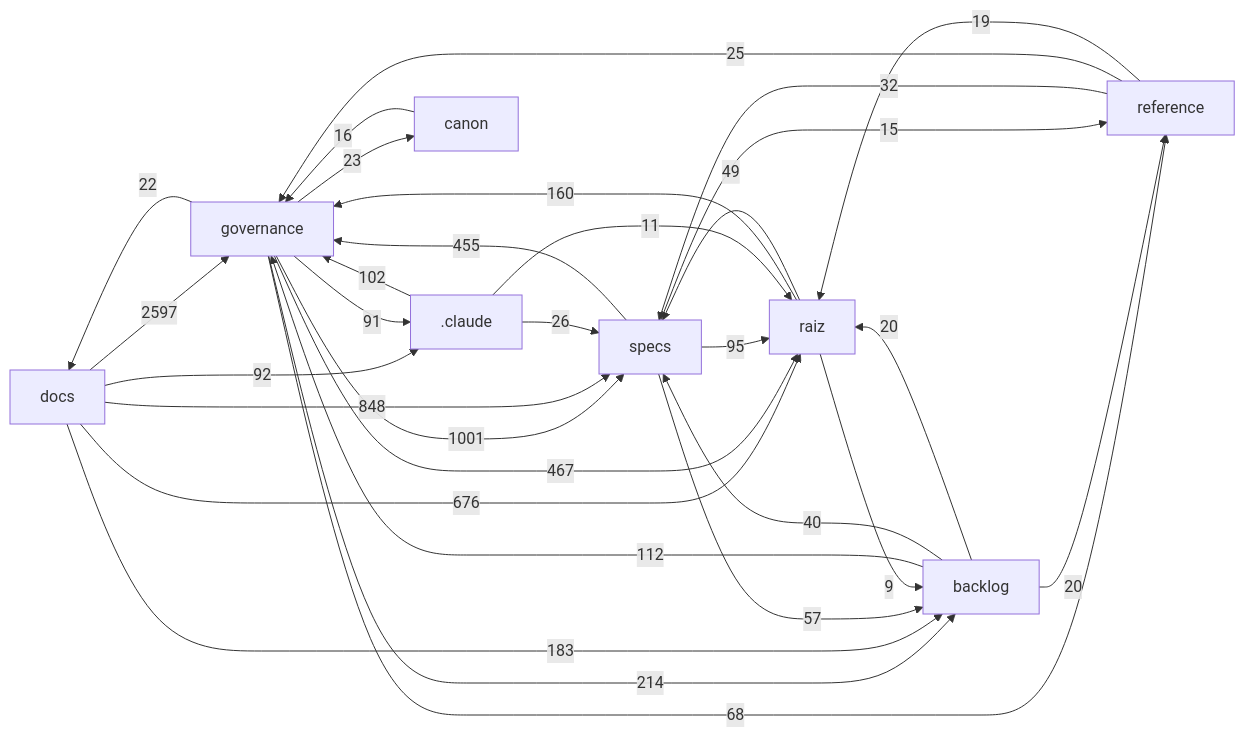
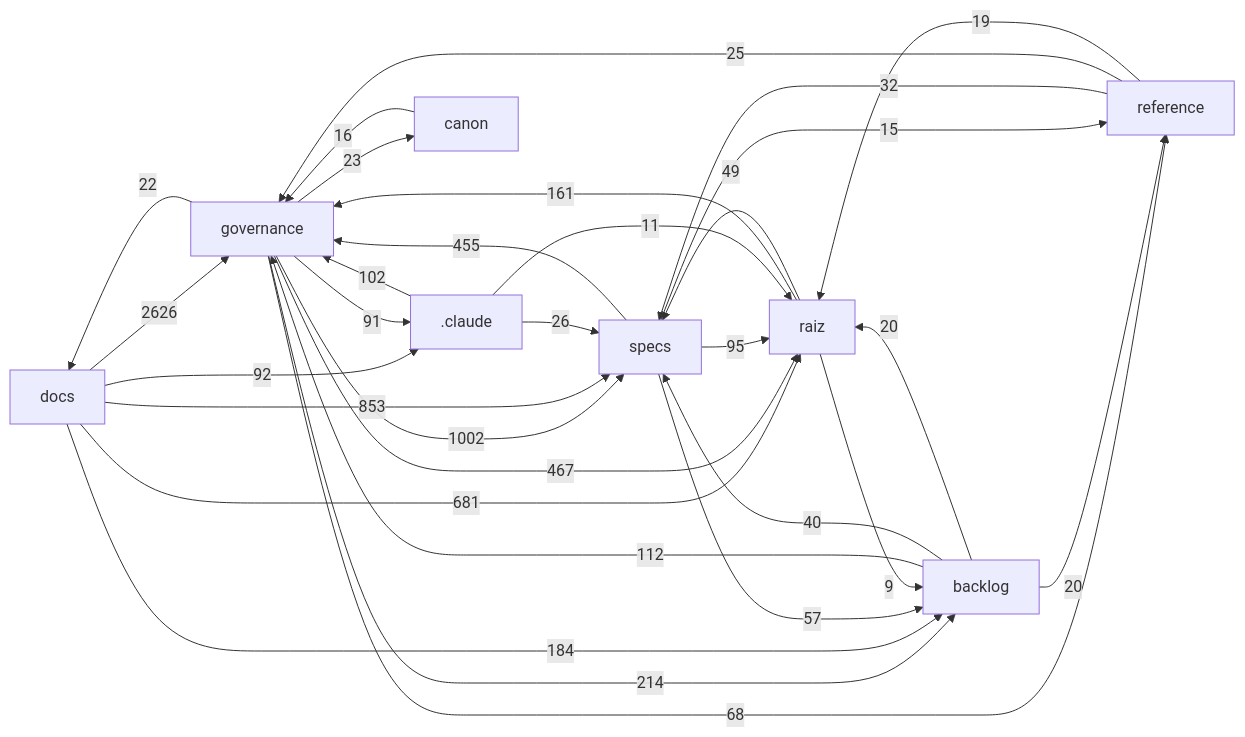
One commit to Andraus35/Sistema-Operacional-de-Trading--SOT changed the diagram in docs/mapa/MAPA-PROJETO.md. Above: the diagram before and after it, drawn with Mermaid. The commit also changed other lines of this file and 7 other files, not shown here.

````diff
--- a/docs/mapa/MAPA-PROJETO.md
+++ b/docs/mapa/MAPA-PROJETO.md
@@ -29,33 +29,33 @@
 ```mermaid
 flowchart LR
-  docs["docs"] -->|2597| governance["governance"]
-  governance["governance"] -->|1001| specs["specs"]
-  docs["docs"] -->|848| specs["specs"]
-  docs["docs"] -->|676| raiz["raiz"]
+  docs["docs"] -->|2626| governance["governance"]
+  governance["governance"] -->|1002| specs["specs"]
+  docs["docs"] -->|853| specs["specs"]
+  docs["docs"] -->|681| raiz["raiz"]
   governance["governance"] -->|467| raiz["raiz"]
   specs["specs"] -->|455| governance["governance"]
   governance["governance"] -->|214| backlog["backlog"]
-  docs["docs"] -->|183| backlog["backlog"]
-  raiz["raiz"] -->|160| governance["governance"]
+  docs["docs"] -->|184| backlog["backlog"]
+  raiz["raiz"] -->|161| governance["governance"]
   backlog["backlog"] -->|112| governance["governance"]
   _claude[".claude"] -->|102| governance["governance"]
   specs["specs"] -->|95| raiz["raiz"]
   docs["docs"] -->|92| _claude[".claude"]
   governance["governance"] -->|91| _claude[".claude"]
   governance["governance"] -->|68| reference["reference"]
   specs["specs"] -->|57| backlog["backlog"]
   raiz["raiz"] -->|49| specs["specs"]
   backlog["backlog"] -->|40| specs["specs"]
   reference["reference"] -->|32| specs["specs"]
   _claude[".claude"] -->|26| specs["specs"]
   reference["reference"] -->|25| governance["governance"]
   governance["governance"] -->|23| canon["canon"]
   governance["governance"] -->|22| docs["docs"]
   backlog["backlog"] -->|20| raiz["raiz"]
   backlog["backlog"] -->|20| reference["reference"]
   reference["reference"] -->|19| raiz["raiz"]
   canon["canon"] -->|16| governance["governance"]
   specs["specs"] -->|15| reference["reference"]
   _claude[".claude"] -->|11| raiz["raiz"]
   raiz["raiz"] -->|9| backlog["backlog"]
 ```
````
